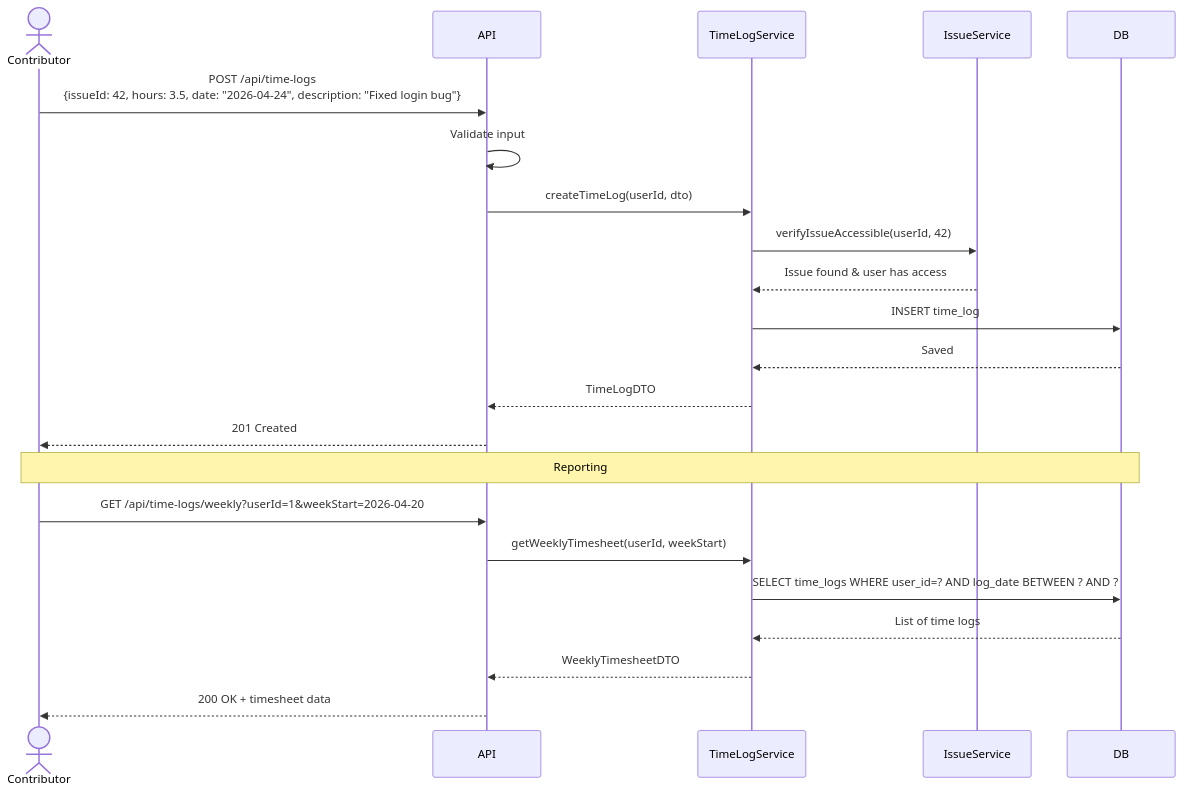
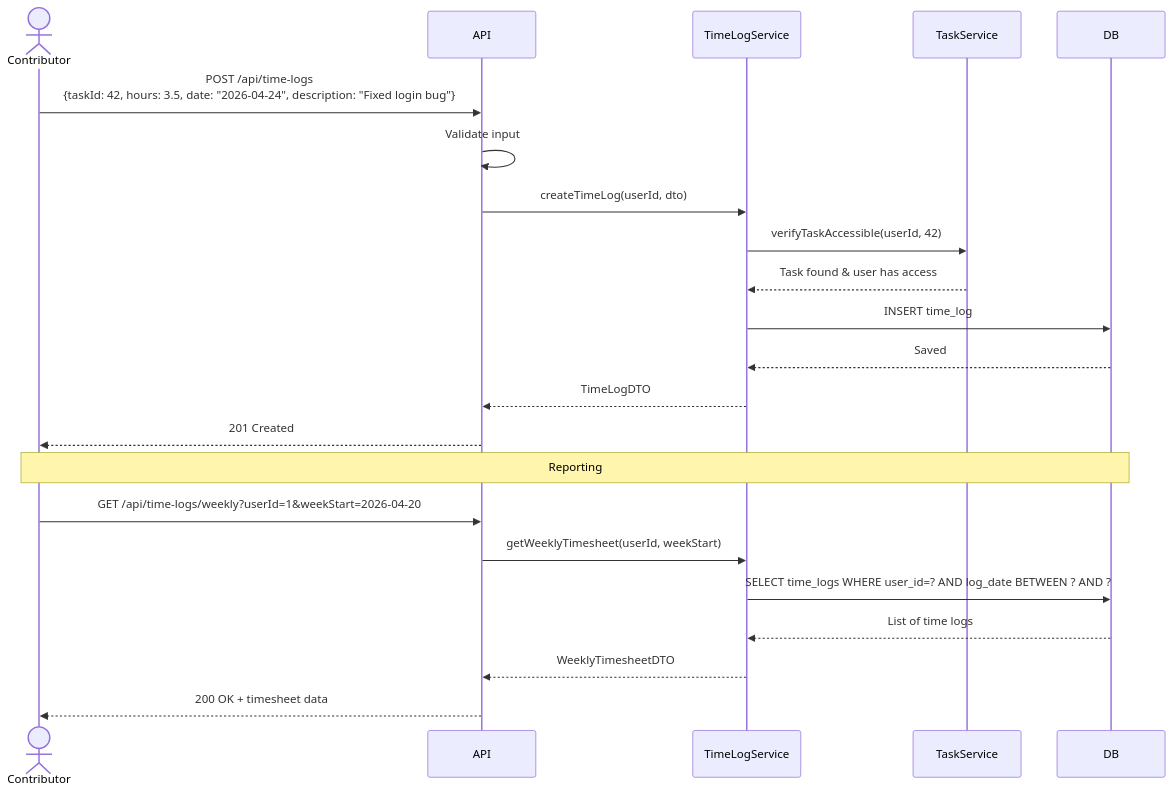
One commit to rezzix/nemo changed diagram 13 of 14 in docs/uml-diagrams.md. Above: the diagram before and after it, drawn with Mermaid. The commit also changed other lines of this file and 2 other files, not shown here.

First line of the commit message:
Add marketing landing page, feature access matrix, and update UML diagrams

````diff
--- a/docs/uml-diagrams.md
+++ b/docs/uml-diagrams.md
@@ -470,27 +640,27 @@
 ```mermaid
 sequenceDiagram
     actor Contributor
     participant API
     participant TimeLogService
-    participant IssueService
+    participant TaskService
     participant DB
 
-    Contributor->>API: POST /api/time-logs<br/>{issueId: 42, hours: 3.5, date: "2026-04-24", description: "Fixed login bug"}
+    Contributor->>API: POST /api/time-logs<br/>{taskId: 42, hours: 3.5, date: "2026-04-24", description: "Fixed login bug"}
     API->>API: Validate input
     API->>TimeLogService: createTimeLog(userId, dto)
-    TimeLogService->>IssueService: verifyIssueAccessible(userId, 42)
-    IssueService-->>TimeLogService: Issue found & user has access
+    TimeLogService->>TaskService: verifyTaskAccessible(userId, 42)
+    TaskService-->>TimeLogService: Task found & user has access
     TimeLogService->>DB: INSERT time_log
     DB-->>TimeLogService: Saved
     TimeLogService-->>API: TimeLogDTO
     API-->>Contributor: 201 Created
 
     Note over Contributor,DB: Reporting
 
     Contributor->>API: GET /api/time-logs/weekly?userId=1&weekStart=2026-04-20
     API->>TimeLogService: getWeeklyTimesheet(userId, weekStart)
     TimeLogService->>DB: SELECT time_logs WHERE user_id=? AND log_date BETWEEN ? AND ?
     DB-->>TimeLogService: List of time logs
     TimeLogService-->>API: WeeklyTimesheetDTO
     API-->>Contributor: 200 OK + timesheet data
 ```
````
